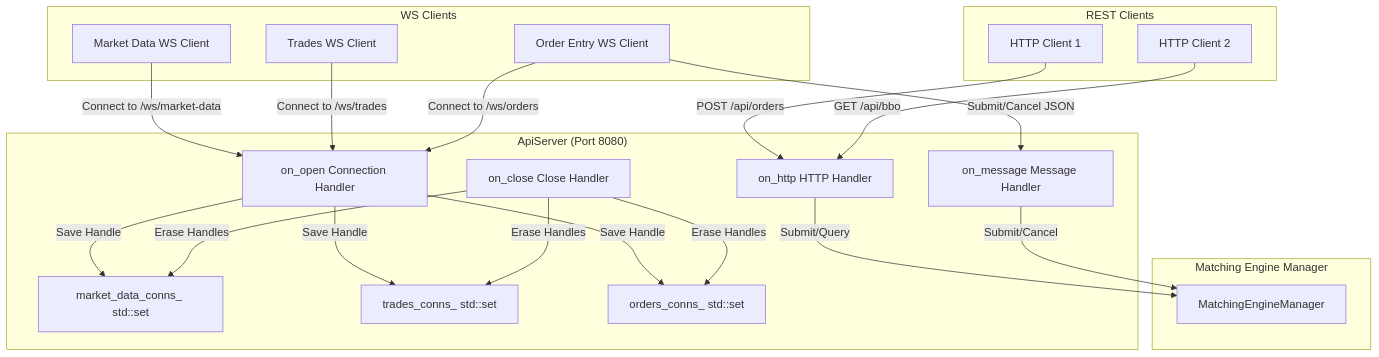
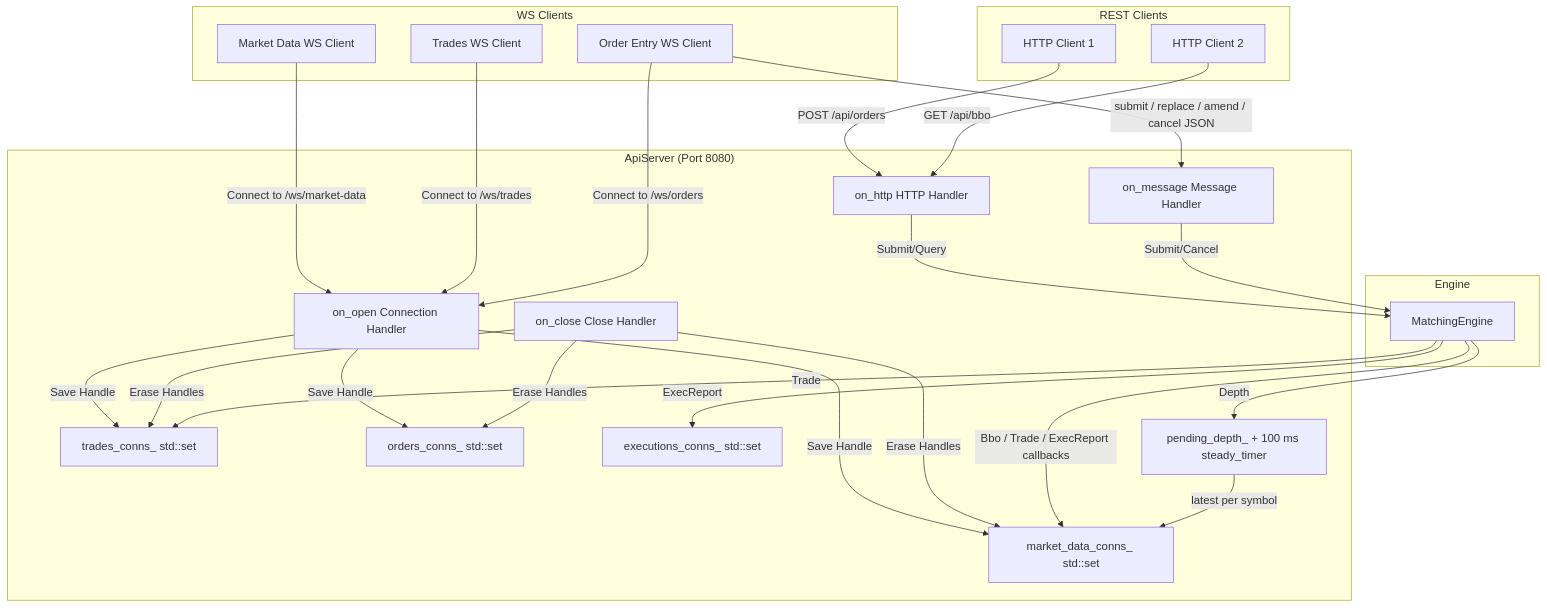
Before and after one commit to Rishav123raj/BlockSprint: the diagram in explanations/api_server.md, drawn with Mermaid. The commit also changed other lines of this file and 13 other files, not shown here.

````diff
--- a/explanations/api_server.md
+++ b/explanations/api_server.md
@@ -41,47 +43,55 @@
 ```mermaid
 graph TD
     subgraph REST Clients
         RC1[HTTP Client 1]
         RC2[HTTP Client 2]
     end
 
     subgraph WS Clients
         WSC1[Market Data WS Client]
         WSC2[Trades WS Client]
         WSC3[Order Entry WS Client]
     end
 
     subgraph ApiServer ["ApiServer (Port 8080)"]
         HTTP_HDL[on_http HTTP Handler]
         WS_OPEN[on_open Connection Handler]
         WS_MSG[on_message Message Handler]
         WS_CLOSE[on_close Close Handler]
         
         M_CONN["market_data_conns_ std::set"]
         T_CONN["trades_conns_ std::set"]
         O_CONN["orders_conns_ std::set"]
+        E_CONN["executions_conns_ std::set"]
+        DEPTH["pending_depth_ + 100 ms steady_timer"]
     end
 
-    subgraph Matching Engine Manager
-        MEM[MatchingEngineManager]
+    subgraph Engine
+        MEM[MatchingEngine]
     end
 
     RC1 -->|POST /api/orders| HTTP_HDL
     RC2 -->|GET /api/bbo| HTTP_HDL
     HTTP_HDL -->|Submit/Query| MEM
     
     WSC1 -->|Connect to /ws/market-data| WS_OPEN
     WSC2 -->|Connect to /ws/trades| WS_OPEN
     WSC3 -->|Connect to /ws/orders| WS_OPEN
     
     WS_OPEN -->|Save Handle| M_CONN
     WS_OPEN -->|Save Handle| T_CONN
     WS_OPEN -->|Save Handle| O_CONN
     
-    WSC3 -->|Submit/Cancel JSON| WS_MSG
+    WSC3 -->|submit / replace / amend / cancel JSON| WS_MSG
     WS_MSG -->|Submit/Cancel| MEM
     
     WS_CLOSE -->|Erase Handles| M_CONN
     WS_CLOSE -->|Erase Handles| T_CONN
     WS_CLOSE -->|Erase Handles| O_CONN
+
+    MEM -->|Bbo / Trade / ExecReport callbacks| M_CONN
+    MEM -->|Trade| T_CONN
+    MEM -->|ExecReport| E_CONN
+    MEM -->|Depth| DEPTH
+    DEPTH -->|latest per symbol| M_CONN
 ```
````
